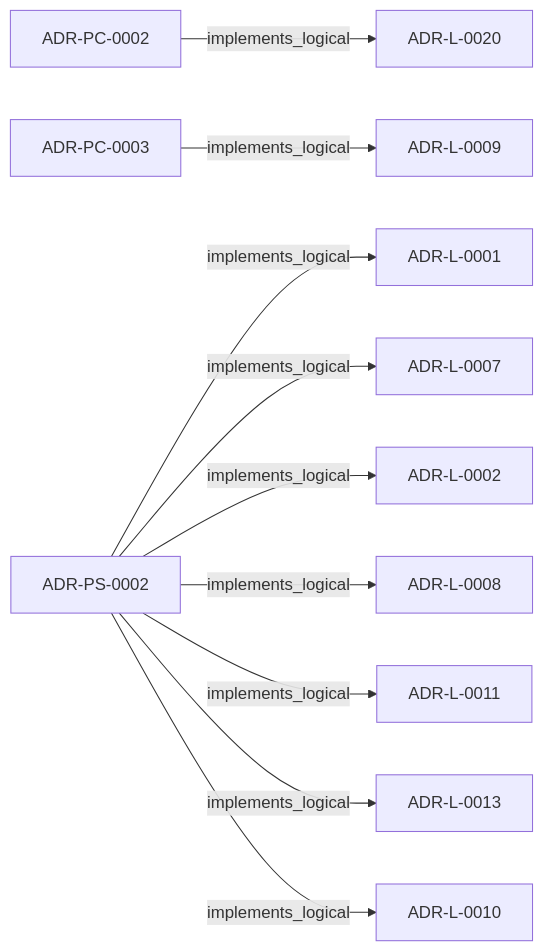
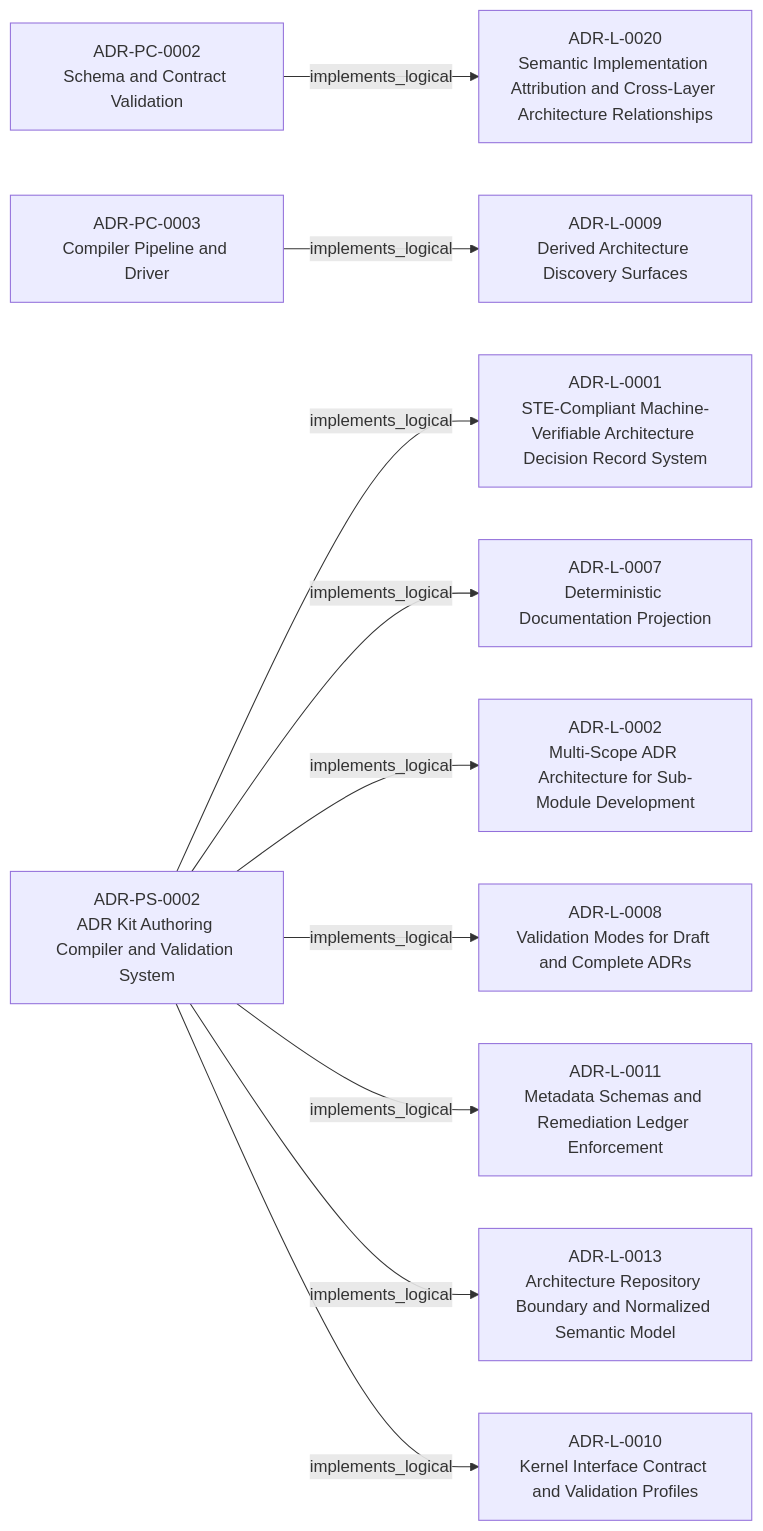
The second of 2 diagrams in adrs/adr-projection/physical-system/ADR-PS-0002-adr-kit-authoring-compiler-and-validation-system.md (egallmann/adr-architecture-kit), drawn with Mermaid before and after one commit. The commit also changed other lines of this file and 35 other files, not shown here.

First line of the commit message:
docs: regenerate deterministic ADR-PC projections

````diff
--- a/adrs/adr-projection/physical-system/ADR-PS-0002-adr-kit-authoring-compiler-and-validation-system.md
+++ b/adrs/adr-projection/physical-system/ADR-PS-0002-adr-kit-authoring-compiler-and-validation-system.md
@@ -50,24 +50,24 @@
 ```mermaid
 flowchart LR
-  n_019fee89_e615_70a5_861b_b2dde147e5af["ADR-L-0001"]
-  n_019fee89_e615_7b9c_8e3f_32ceeda01491["ADR-L-0007"]
-  n_019fee89_e615_7f19_810b_c7b33a9d9e0d["ADR-L-0002"]
-  n_019fee89_e616_7066_8d2f_3acc7f469f72["ADR-L-0008"]
-  n_019fee89_e616_770c_a025_2c241a720730["ADR-L-0009"]
-  n_019fee89_e616_7b97_971d_ae165d13bf9c["ADR-L-0011"]
-  n_019fee89_e616_7c4e_953c_b7349412a784["ADR-L-0013"]
-  n_019fee89_e616_7d61_8e35_f11ba2ddd75d["ADR-L-0010"]
-  n_019fee89_e617_7d2b_8325_cd85ff814477["ADR-PC-0002"]
-  n_019fee89_e618_7b76_843f_cfe21ceb2ea6["ADR-PC-0003"]
-  n_019fee89_e618_7d04_9337_4aa2d3258507["ADR-PS-0002"]
-  n_019ffdba_3c42_7c4a_a737_f6751a265d60["ADR-L-0020"]
+  n_019fee89_e615_70a5_861b_b2dde147e5af["ADR-L-0001<br/>STE-Compliant Machine-Verifiable Architecture Decision Record System"]
+  n_019fee89_e615_7b9c_8e3f_32ceeda01491["ADR-L-0007<br/>Deterministic Documentation Projection"]
+  n_019fee89_e615_7f19_810b_c7b33a9d9e0d["ADR-L-0002<br/>Multi-Scope ADR Architecture for Sub-Module Development"]
+  n_019fee89_e616_7066_8d2f_3acc7f469f72["ADR-L-0008<br/>Validation Modes for Draft and Complete ADRs"]
+  n_019fee89_e616_770c_a025_2c241a720730["ADR-L-0009<br/>Derived Architecture Discovery Surfaces"]
+  n_019fee89_e616_7b97_971d_ae165d13bf9c["ADR-L-0011<br/>Metadata Schemas and Remediation Ledger Enforcement"]
+  n_019fee89_e616_7c4e_953c_b7349412a784["ADR-L-0013<br/>Architecture Repository Boundary and Normalized Semantic Model"]
+  n_019fee89_e616_7d61_8e35_f11ba2ddd75d["ADR-L-0010<br/>Kernel Interface Contract and Validation Profiles"]
+  n_019fee89_e617_7d2b_8325_cd85ff814477["ADR-PC-0002<br/>Schema and Contract Validation"]
+  n_019fee89_e618_7b76_843f_cfe21ceb2ea6["ADR-PC-0003<br/>Compiler Pipeline and Driver"]
+  n_019fee89_e618_7d04_9337_4aa2d3258507["ADR-PS-0002<br/>ADR Kit Authoring Compiler and Validation System"]
+  n_019ffdba_3c42_7c4a_a737_f6751a265d60["ADR-L-0020<br/>Semantic Implementation Attribution and Cross-Layer Architecture Relationships"]
   n_019fee89_e617_7d2b_8325_cd85ff814477 -->|"implements_logical"| n_019ffdba_3c42_7c4a_a737_f6751a265d60
   n_019fee89_e618_7b76_843f_cfe21ceb2ea6 -->|"implements_logical"| n_019fee89_e616_770c_a025_2c241a720730
   n_019fee89_e618_7d04_9337_4aa2d3258507 -->|"implements_logical"| n_019fee89_e615_70a5_861b_b2dde147e5af
   n_019fee89_e618_7d04_9337_4aa2d3258507 -->|"implements_logical"| n_019fee89_e615_7b9c_8e3f_32ceeda01491
   n_019fee89_e618_7d04_9337_4aa2d3258507 -->|"implements_logical"| n_019fee89_e615_7f19_810b_c7b33a9d9e0d
   n_019fee89_e618_7d04_9337_4aa2d3258507 -->|"implements_logical"| n_019fee89_e616_7066_8d2f_3acc7f469f72
   n_019fee89_e618_7d04_9337_4aa2d3258507 -->|"implements_logical"| n_019fee89_e616_7b97_971d_ae165d13bf9c
   n_019fee89_e618_7d04_9337_4aa2d3258507 -->|"implements_logical"| n_019fee89_e616_7c4e_953c_b7349412a784
   n_019fee89_e618_7d04_9337_4aa2d3258507 -->|"implements_logical"| n_019fee89_e616_7d61_8e35_f11ba2ddd75d
 ```
````
